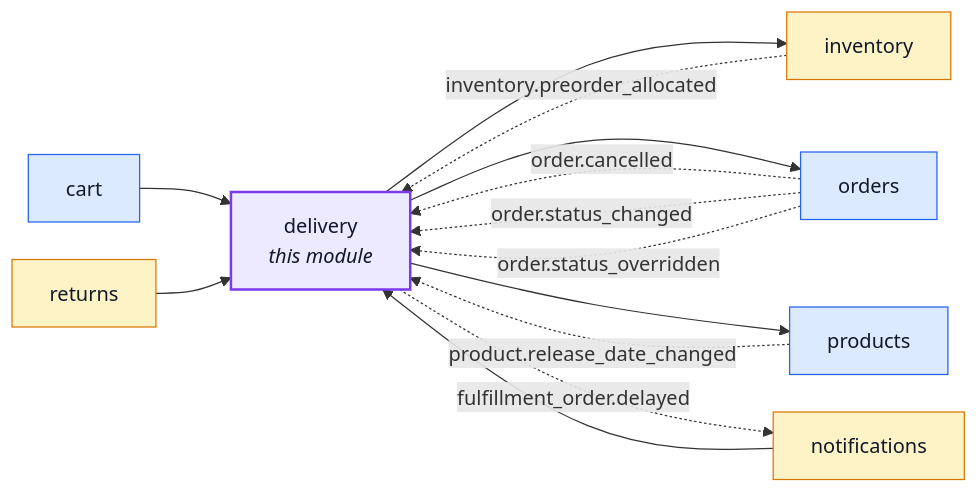
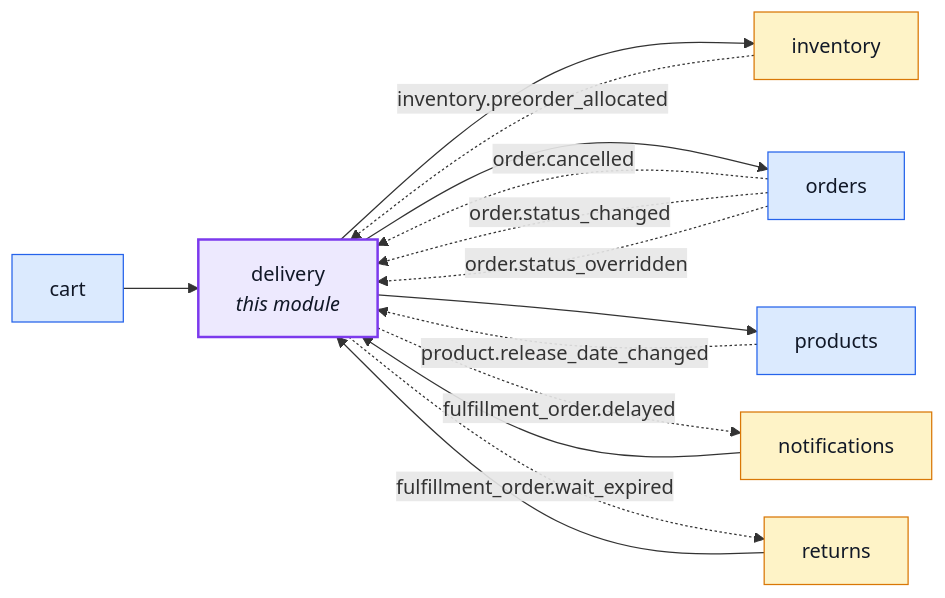
The first of 6 diagrams in docs/modules/delivery.md (Guebbit/boilerplate-node-backend), drawn with Mermaid before and after one commit. The commit also changed other lines of this file and 18 other files, not shown here.

````diff
--- a/docs/modules/delivery.md
+++ b/docs/modules/delivery.md
@@ -16,32 +16,33 @@
 ```mermaid
 %%{init: {'flowchart': {'nodeSpacing': 30, 'rankSpacing': 60}}}%%
 flowchart LR
     delivery["delivery<br/><i>this module</i>"]
     cart["cart"]
     inventory["inventory"]
     notifications["notifications"]
     orders["orders"]
     products["products"]
     returns["returns"]
 
     cart --> delivery
     notifications --> delivery
     returns --> delivery
     delivery --> inventory
     delivery --> orders
     delivery --> products
     inventory -. "inventory.preorder_allocated" .-> delivery
     orders -. "order.cancelled" .-> delivery
     orders -. "order.status_changed" .-> delivery
     orders -. "order.status_overridden" .-> delivery
     products -. "product.release_date_changed" .-> delivery
     delivery -. "fulfillment_order.delayed" .-> notifications
+    delivery -. "fulfillment_order.wait_expired" .-> returns
 
     classDef core fill:#dbeafe,stroke:#2563eb,color:#111827;
     classDef supporting fill:#fef3c7,stroke:#d97706,color:#111827;
     classDef generic fill:#dcfce7,stroke:#16a34a,color:#111827;
     classDef centre fill:#ede9fe,stroke:#7c3aed,stroke-width:2px,color:#111827;
     class cart,orders,products core;
     class inventory,notifications,returns supporting;
     class delivery centre;
 ```
````
